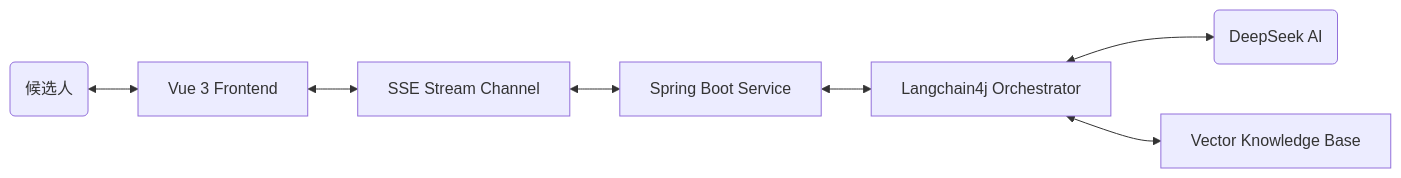
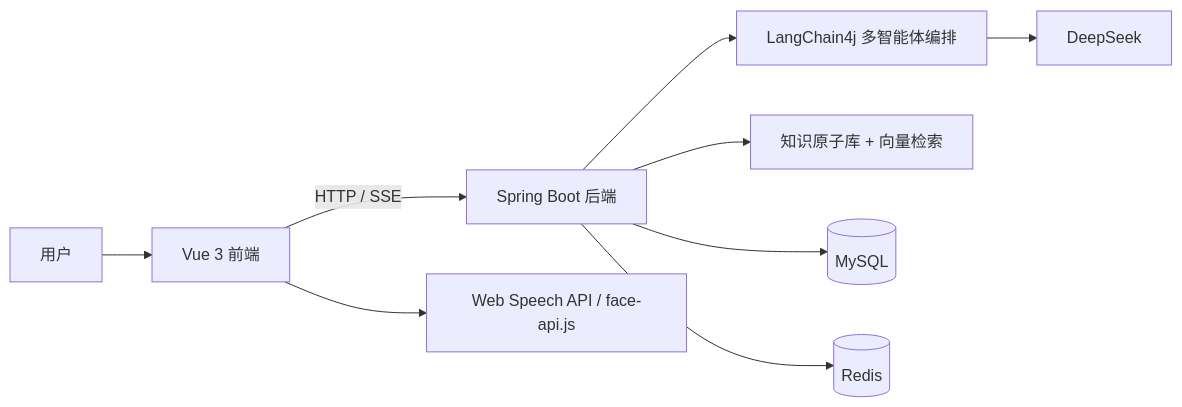
Before and after one commit to nzy0510/AI-Interview: the diagram in README.md, drawn with Mermaid. The commit also changed other lines of this file, not shown here.

````diff
--- a/README.md
+++ b/README.md
@@ -29,9 +95,11 @@
 ```mermaid
 graph LR
-    User(候选人) <--> Vue3[Vue 3 Frontend]
-    Vue3 <--> SSE[SSE Stream Channel]
-    SSE <--> SpringBoot[Spring Boot Service]
-    SpringBoot <--> LC4J[Langchain4j Orchestrator]
-    LC4J <--> LLM(DeepSeek AI)
-    LC4J <--> RAG[Vector Knowledge Base]
+    U[用户] --> F[Vue 3 前端]
+    F -->|HTTP / SSE| B[Spring Boot 后端]
+    B --> A[LangChain4j 多智能体编排]
+    A --> LLM[DeepSeek]
+    B --> RAG[知识原子库 + 向量检索]
+    B --> DB[(MySQL)]
+    B --> C[(Redis)]
+    F --> M[Web Speech API / face-api.js]
 ```
````
